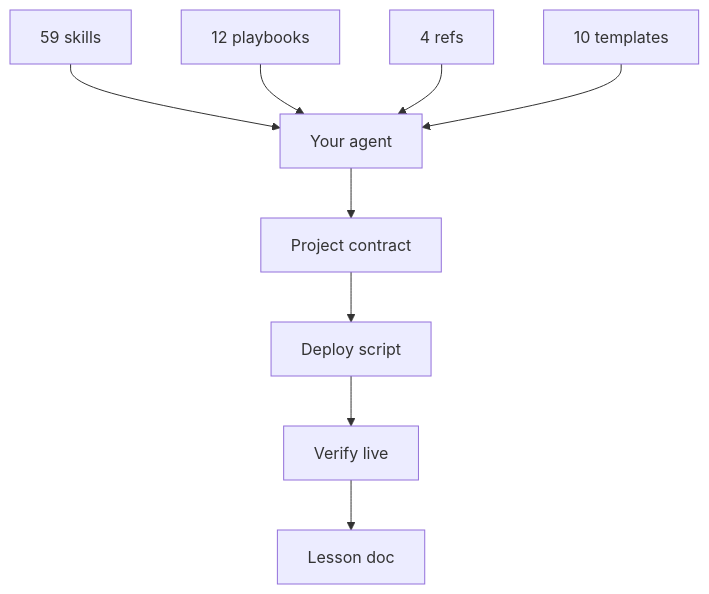
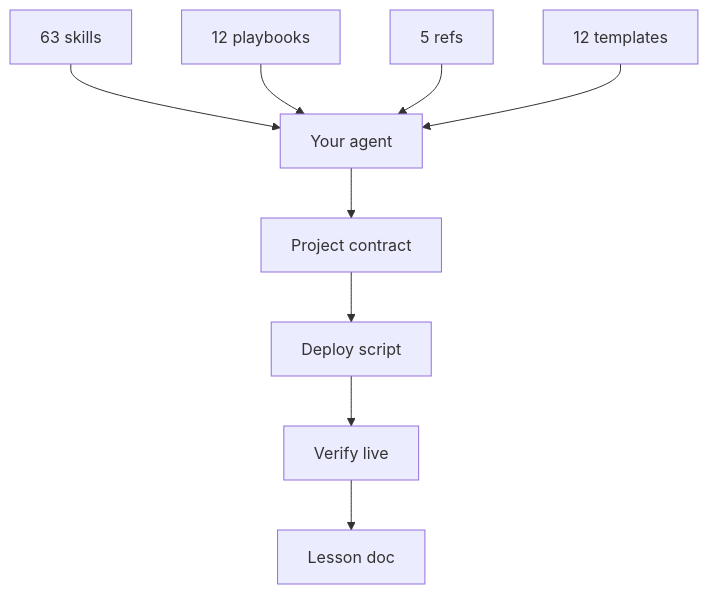
Before and after one commit to Nonarkara/dr-non-vibecoding-skills: the diagram in README.md, drawn with Mermaid. The commit also changed other lines of this file and 17 other files, not shown here.

````diff
--- a/README.md
+++ b/README.md
@@ -260,11 +261,11 @@
 ```mermaid
 flowchart TB
-  S["59 skills"] --> A["Your agent"]
+  S["63 skills"] --> A["Your agent"]
   P["12 playbooks"] --> A
-  R["4 refs"] --> A
-  T["10 templates"] --> A
+  R["5 refs"] --> A
+  T["12 templates"] --> A
   A --> W["Project contract"]
   W --> D["Deploy script"]
   D --> V["Verify live"]
   V --> L["Lesson doc"]
 ```
````
